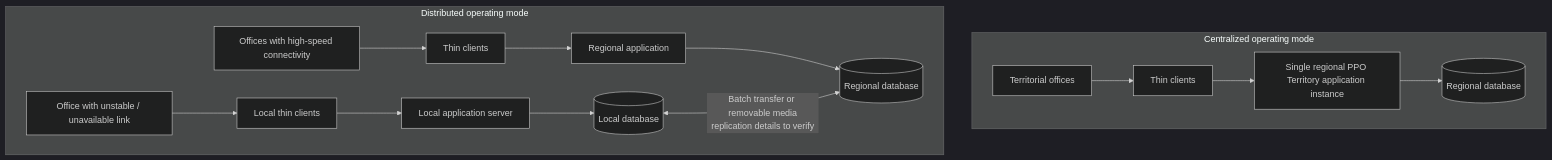
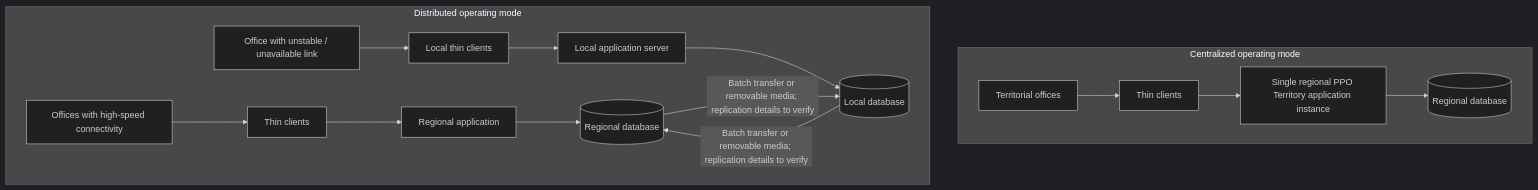
Before and after one commit to ekatmoz88-alt/territory-descriptor-unified: the fifth of 10 diagrams in materials/architecture/README.md, drawn with Mermaid (dark theme). The commit also changed other lines of this file, not shown here.

````diff
--- a/materials/architecture/README.md
+++ b/materials/architecture/README.md
@@ -139,24 +139,25 @@
 ```mermaid
 flowchart TB
   subgraph CENTRAL["Centralized operating mode"]
     C_OFFICES["Territorial offices"]
     C_THIN["Thin clients"]
     C_APP["Single regional PPO Territory application instance"]
     C_DB[("Regional database")]
     C_OFFICES --> C_THIN --> C_APP --> C_DB
   end
 
   subgraph DISTRIBUTED["Distributed operating mode"]
     R_OFFICES["Offices with high-speed connectivity"]
     R_THIN["Thin clients"]
     R_APP["Regional application"]
     R_DB[("Regional database")]
     L_OFFICE["Office with unstable / unavailable link"]
     L_THIN["Local thin clients"]
     L_APP["Local application server"]
     L_DB[("Local database")]
     R_OFFICES --> R_THIN --> R_APP --> R_DB
     L_OFFICE --> L_THIN --> L_APP --> L_DB
-    L_DB <-->|"Batch transfer or removable media<br/>replication details to verify"| R_DB
+    L_DB -->|Batch transfer or removable media; replication details to verify| R_DB
+    R_DB -->|Batch transfer or removable media; replication details to verify| L_DB
   end
 ```
````
